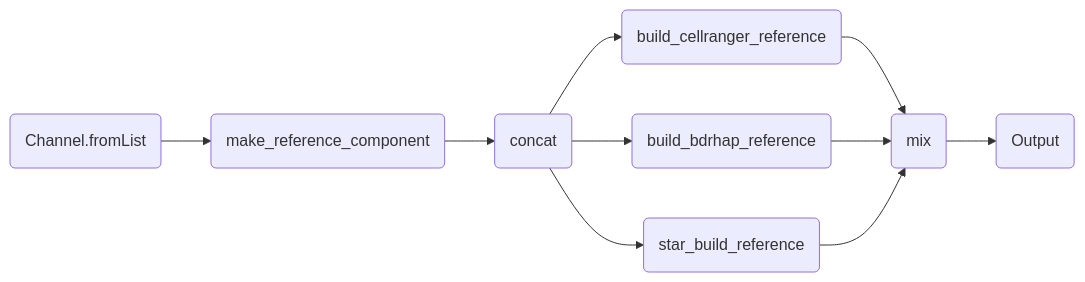
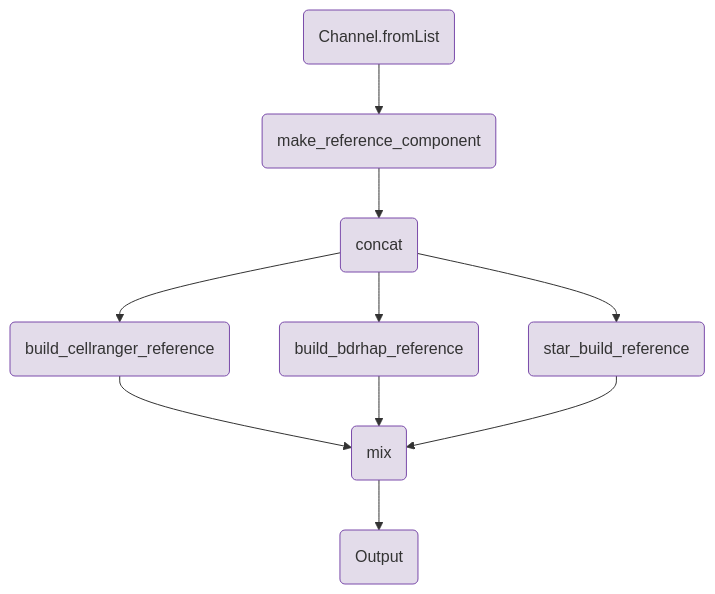
Before and after one commit to openpipelines-bio/website: the diagram in components/workflows/ingestion/make_reference.qmd, drawn with Mermaid. The commit also changed 21 other files, not shown here.

````diff
--- a/components/workflows/ingestion/make_reference.qmd
+++ b/components/workflows/ingestion/make_reference.qmd
@@ -117,22 +117,29 @@
 ```{mermaid}
-%%| column: screen-inset-shaded
-flowchart LR
+flowchart TB
     v0(Channel.fromList)
     v28(concat)
     v17(make_reference_component)
     v39(build_cellranger_reference)
     v98(mix)
     v62(build_bdrhap_reference)
     v85(star_build_reference)
     v117(Output)
     v0-->v17
     v17-->v28
     v28-->v39
     v39-->v98
     v28-->v62
     v62-->v98
     v28-->v85
     v85-->v98
     v98-->v117
+    style v0 fill:#e3dcea,stroke:#7a4baa;
+    style v28 fill:#e3dcea,stroke:#7a4baa;
+    style v17 fill:#e3dcea,stroke:#7a4baa;
+    style v39 fill:#e3dcea,stroke:#7a4baa;
+    style v98 fill:#e3dcea,stroke:#7a4baa;
+    style v62 fill:#e3dcea,stroke:#7a4baa;
+    style v85 fill:#e3dcea,stroke:#7a4baa;
+    style v117 fill:#e3dcea,stroke:#7a4baa;
 
 ```
````
